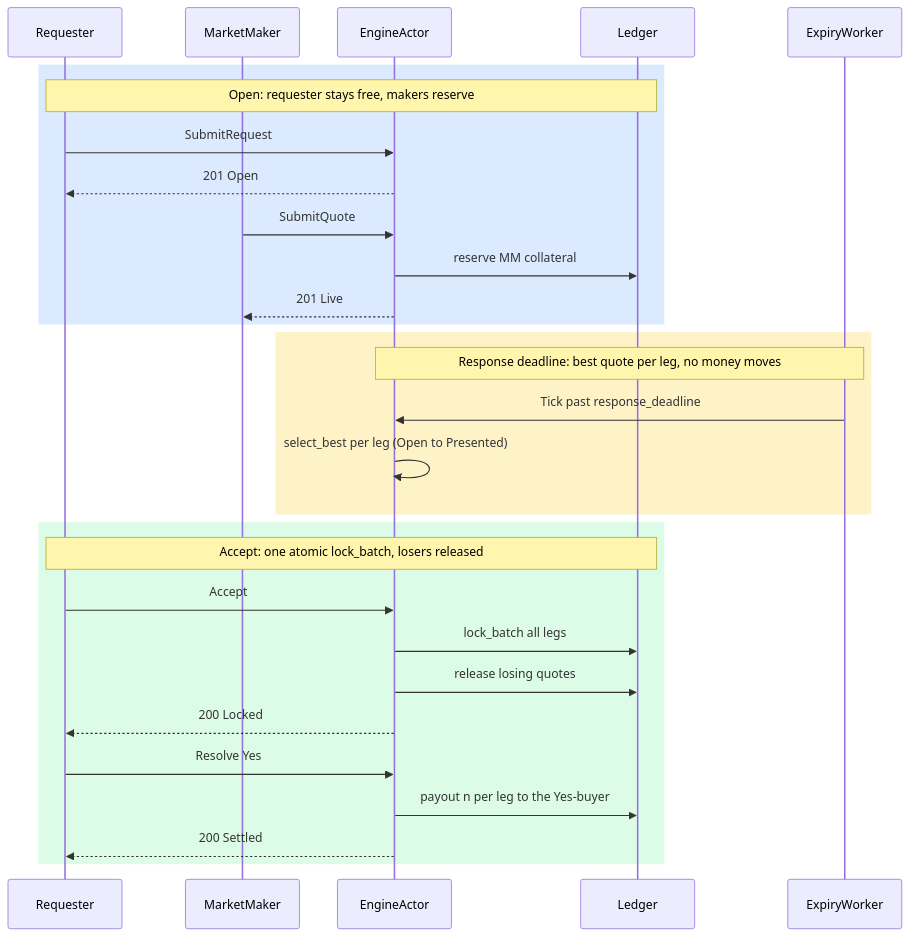
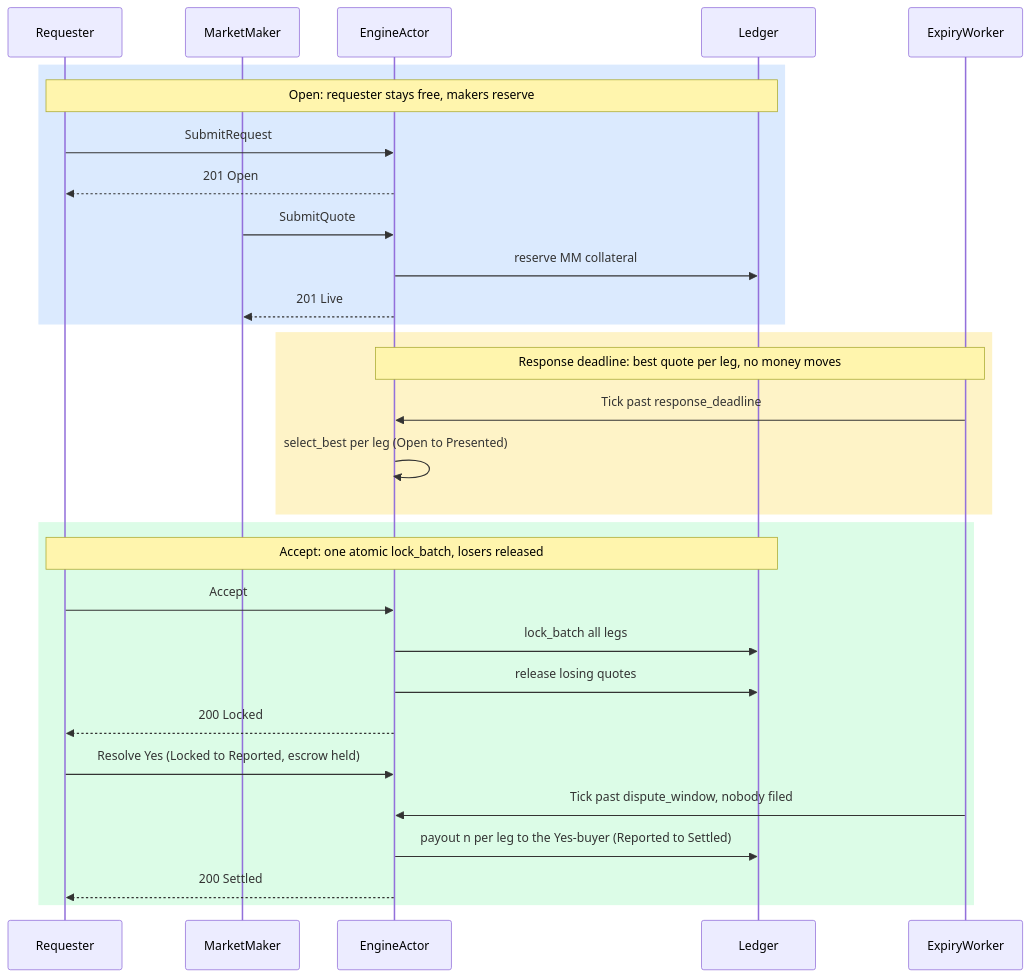
The second of 5 diagrams in docs/ARCHITECTURE.md (SwineCoder101/rfq-matching-settlement-engine), drawn with Mermaid before and after one commit. The commit also changed other lines of this file and 21 other files, not shown here.

````diff
--- a/docs/ARCHITECTURE.md
+++ b/docs/ARCHITECTURE.md
@@ -58,32 +58,33 @@
 ```mermaid
 sequenceDiagram
     participant Req as Requester
     participant MM as MarketMaker
     participant Eng as EngineActor
     participant Led as Ledger
     participant Tick as ExpiryWorker
 
     rect rgb(219, 234, 254)
         Note over Req,Led: Open: requester stays free, makers reserve
         Req->>Eng: SubmitRequest
         Eng-->>Req: 201 Open
         MM->>Eng: SubmitQuote
         Eng->>Led: reserve MM collateral
         Eng-->>MM: 201 Live
     end
     rect rgb(254, 243, 199)
         Note over Eng,Tick: Response deadline: best quote per leg, no money moves
         Tick->>Eng: Tick past response_deadline
         Eng->>Eng: select_best per leg (Open to Presented)
     end
     rect rgb(220, 252, 231)
         Note over Req,Led: Accept: one atomic lock_batch, losers released
         Req->>Eng: Accept
         Eng->>Led: lock_batch all legs
         Eng->>Led: release losing quotes
         Eng-->>Req: 200 Locked
-        Req->>Eng: Resolve Yes
-        Eng->>Led: payout n per leg to the Yes-buyer
+        Req->>Eng: Resolve Yes (Locked to Reported, escrow held)
+        Tick->>Eng: Tick past dispute_window, nobody filed
+        Eng->>Led: payout n per leg to the Yes-buyer (Reported to Settled)
         Eng-->>Req: 200 Settled
     end
 ```
````
